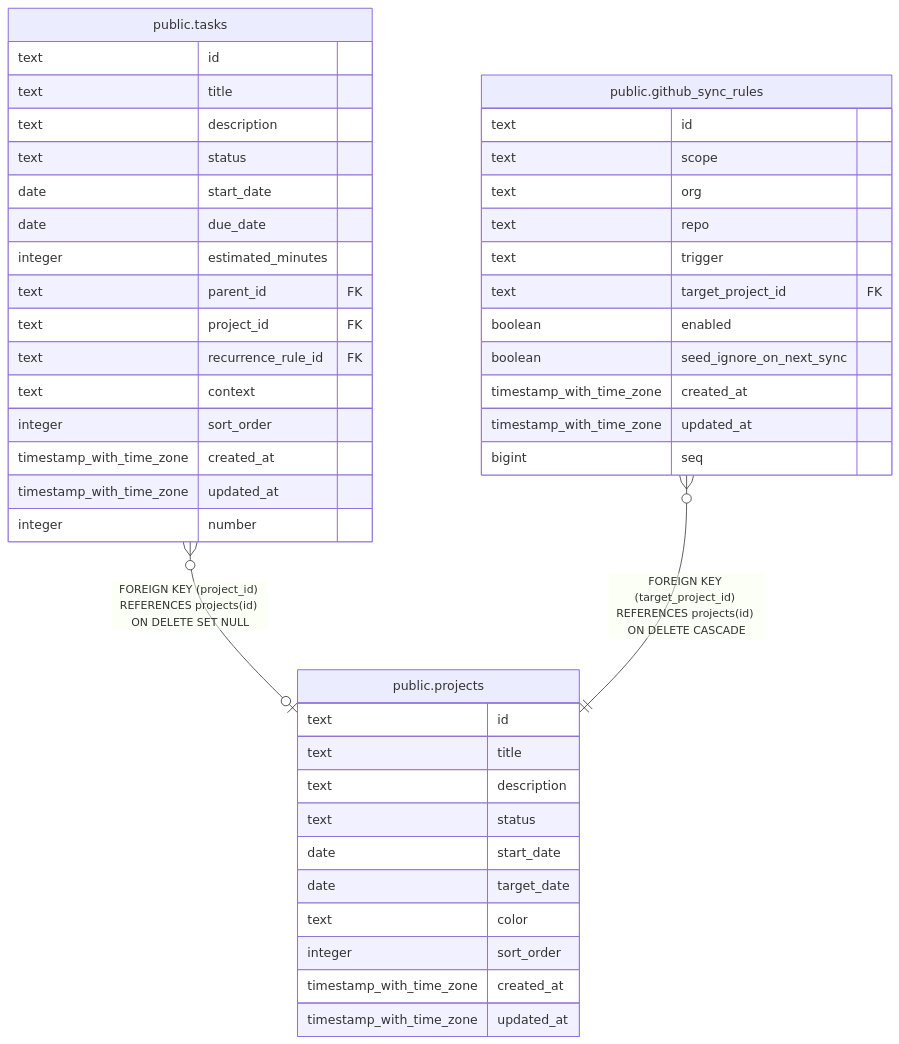
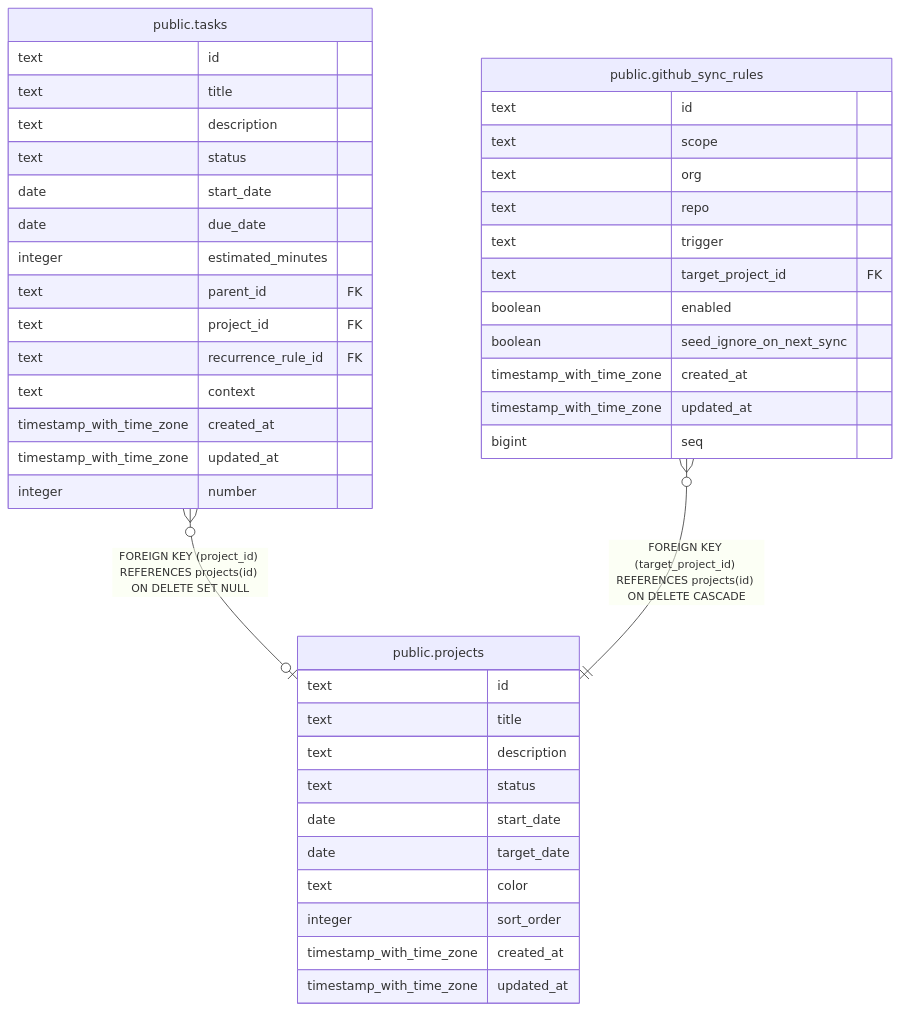
One commit to fohte/tq changed the diagram in docs/db/public.projects.md. Above: the diagram before and after it, drawn with Mermaid. The commit also changed 73 other files, not shown here.

Commit message:
api, web: drop the tasks.sortOrder column (#289)

````diff
--- a/docs/db/public.projects.md
+++ b/docs/db/public.projects.md
@@ -34,49 +34,48 @@
 ```mermaid
 erDiagram
 
 "public.tasks" }o--o| "public.projects" : "FOREIGN KEY (project_id) REFERENCES projects(id) ON DELETE SET NULL"
 "public.github_sync_rules" }o--|| "public.projects" : "FOREIGN KEY (target_project_id) REFERENCES projects(id) ON DELETE CASCADE"
 
 "public.projects" {
   text id
   text title
   text description
   text status
   date start_date
   date target_date
   text color
   integer sort_order
   timestamp_with_time_zone created_at
   timestamp_with_time_zone updated_at
 }
 "public.tasks" {
   text id
   text title
   text description
   text status
   date start_date
   date due_date
   integer estimated_minutes
   text parent_id FK
   text project_id FK
   text recurrence_rule_id FK
   text context
-  integer sort_order
   timestamp_with_time_zone created_at
   timestamp_with_time_zone updated_at
   integer number
 }
 "public.github_sync_rules" {
   text id
   text scope
   text org
   text repo
   text trigger
   text target_project_id FK
   boolean enabled
   boolean seed_ignore_on_next_sync
   timestamp_with_time_zone created_at
   timestamp_with_time_zone updated_at
   bigint seq
 }
 ```
````
